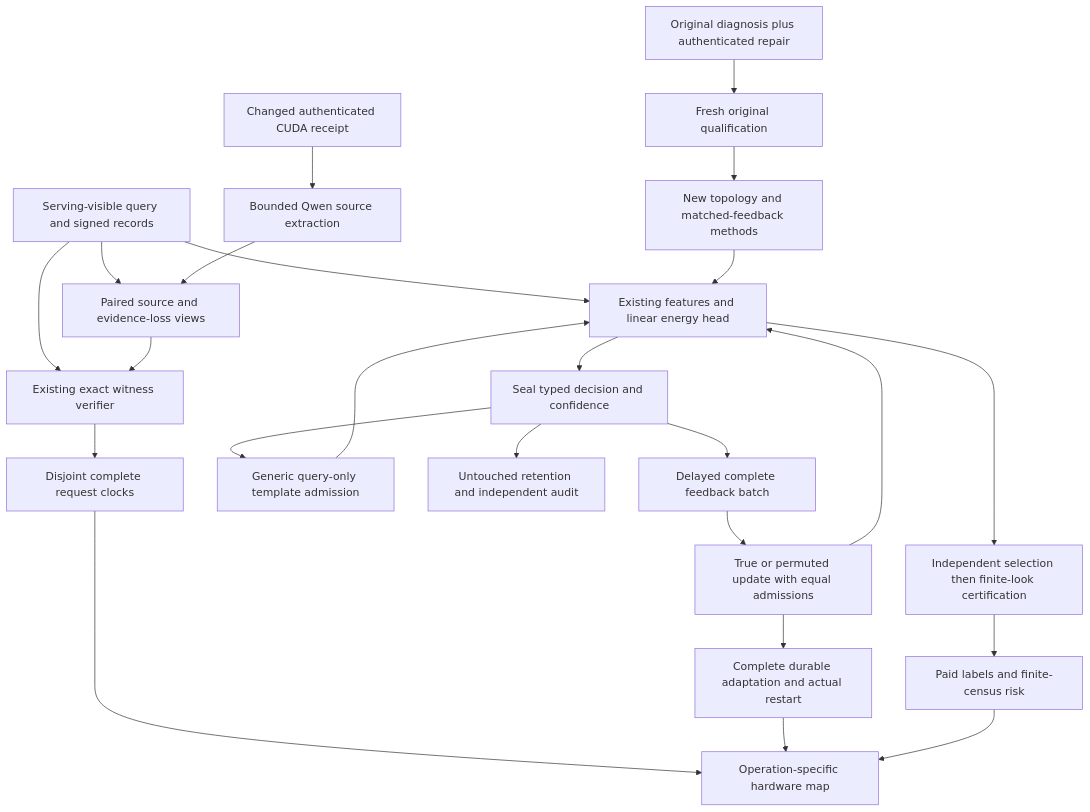
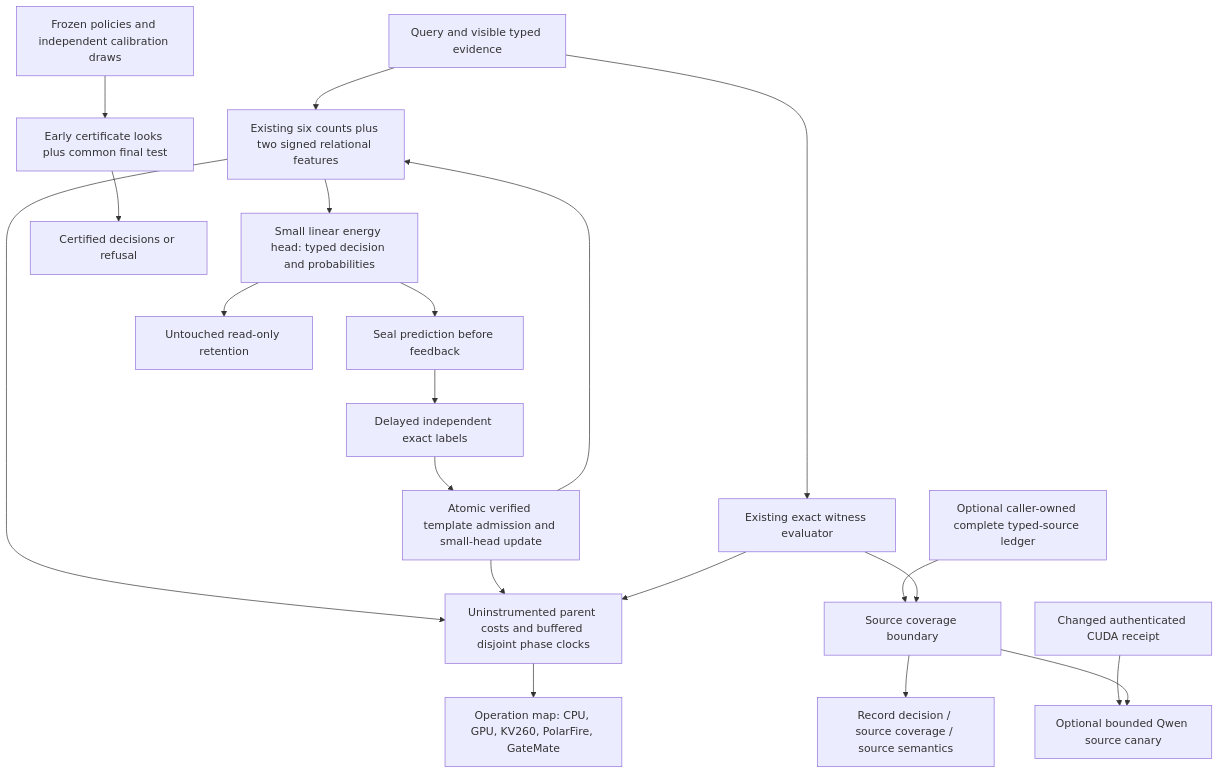
Before and after one commit to Carnot-EBM/carnot-ebm: the first of 2 diagrams in openspec/change-proposals/research-roadmap-vNEXT.md, drawn with Mermaid. The commit also changed other lines of this file and 19 other files, not shown here.

````diff
--- a/openspec/change-proposals/research-roadmap-vNEXT.md
+++ b/openspec/change-proposals/research-roadmap-vNEXT.md
@@ -75,26 +69,22 @@
 ```mermaid
 flowchart TD
-    R[Original diagnosis plus authenticated repair] --> Q[Fresh original qualification]
-    Q --> M[New topology and matched-feedback methods]
-    X[Serving-visible query and signed records] --> F[Existing features and linear energy head]
-    M --> F
-    F --> P[Seal typed decision and confidence]
-    P --> D[Delayed complete feedback batch]
-    D --> T[True or permuted update with equal admissions]
-    P --> A[Generic query-only template admission]
-    A --> F
-    T --> F
-    P --> U[Untouched retention and independent audit]
-    X --> V[Existing exact witness verifier]
-    V --> C[Disjoint complete request clocks]
-    F --> S[Independent selection then finite-look certification]
-    S --> L[Paid labels and finite-census risk]
-    X --> E[Paired source and evidence-loss views]
-    E --> V
-    T --> K[Complete durable adaptation and actual restart]
-    C --> H[Operation-specific hardware map]
-    K --> H
-    L --> H
-    G[Changed authenticated CUDA receipt] --> B[Bounded Qwen source extraction]
-    B --> E
+    Q[Query and visible typed evidence] --> O[Existing six counts plus two signed relational features]
+    O --> E[Small linear energy head: typed decision and probabilities]
+    E --> P[Seal prediction before feedback]
+    P --> F[Delayed independent exact labels]
+    F --> M[Atomic verified template admission and small-head update]
+    M --> O
+    E --> R[Untouched read-only retention]
+    Q --> X[Existing exact witness evaluator]
+    L[Optional caller-owned complete typed-source ledger] --> B[Source coverage boundary]
+    X --> B
+    B --> D[Record decision / source coverage / source semantics]
+    C[Frozen policies and independent calibration draws] --> T[Early certificate looks plus common final test]
+    T --> A[Certified decisions or refusal]
+    O --> K[Uninstrumented parent costs and buffered disjoint phase clocks]
+    M --> K
+    X --> K
+    K --> H[Operation map: CPU, GPU, KV260, PolarFire, GateMate]
+    G[Changed authenticated CUDA receipt] --> W[Optional bounded Qwen source canary]
+    B --> W
 ```
````
